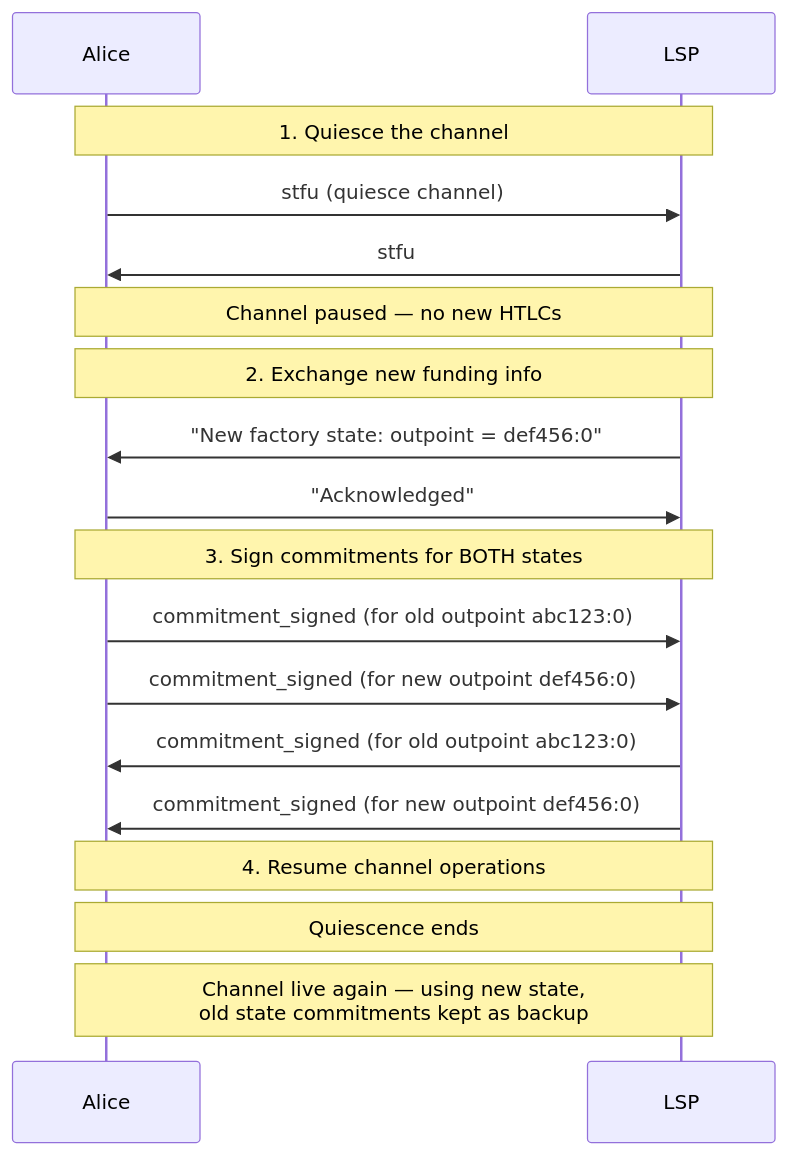
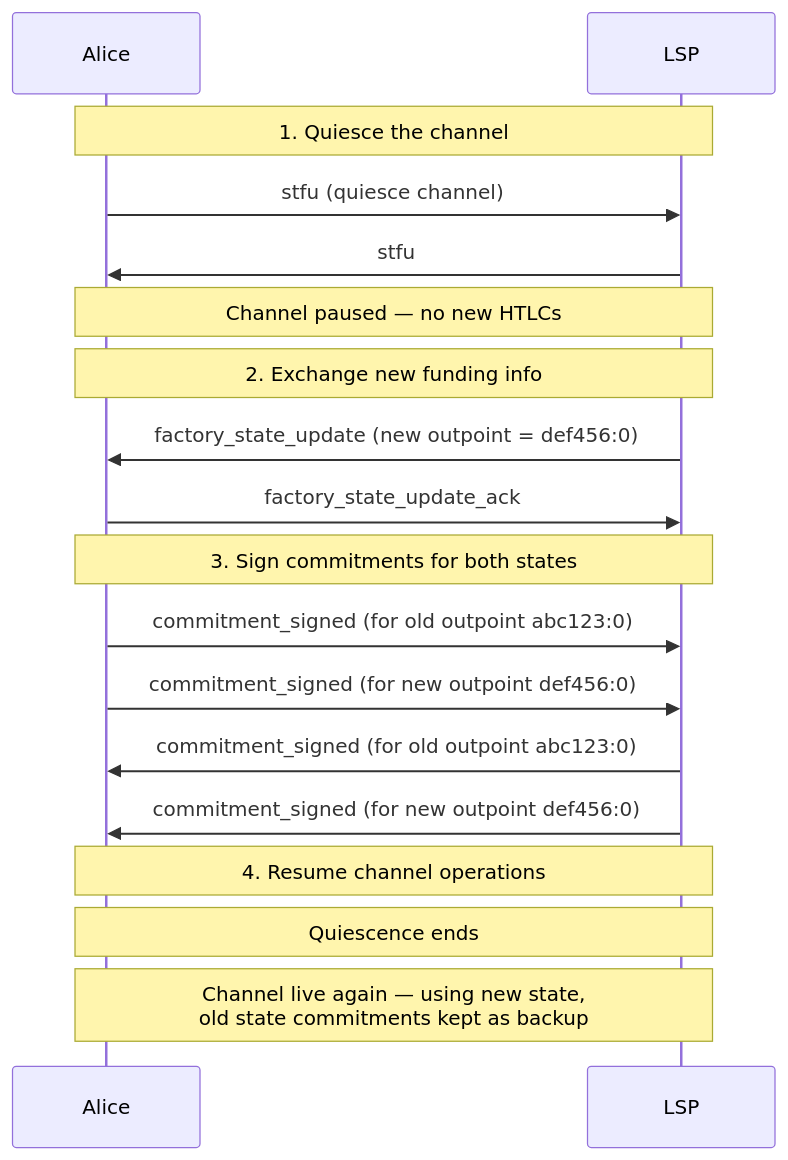
Before and after one commit to 8144225309/superscalar-docs: the second of 2 diagrams in extensions/dual-state-management.md, drawn with Mermaid. The commit also changed other lines of this file and 31 other files, not shown here.

````diff
--- a/extensions/dual-state-management.md
+++ b/extensions/dual-state-management.md
@@ -36,24 +36,24 @@
 ```mermaid
 sequenceDiagram
     participant A as Alice
     participant L as LSP
 
     Note over A,L: 1. Quiesce the channel
     A->>L: stfu (quiesce channel)
     L->>A: stfu
     Note over A,L: Channel paused — no new HTLCs
 
     Note over A,L: 2. Exchange new funding info
-    L->>A: "New factory state: outpoint = def456:0"
-    A->>L: "Acknowledged"
+    L->>A: factory_state_update (new outpoint = def456:0)
+    A->>L: factory_state_update_ack
 
-    Note over A,L: 3. Sign commitments for BOTH states
+    Note over A,L: 3. Sign commitments for both states
     A->>L: commitment_signed (for old outpoint abc123:0)
     A->>L: commitment_signed (for new outpoint def456:0)
     L->>A: commitment_signed (for old outpoint abc123:0)
     L->>A: commitment_signed (for new outpoint def456:0)
 
     Note over A,L: 4. Resume channel operations
     Note over A,L: Quiescence ends
     Note over A,L: Channel live again — using new state,<br/>old state commitments kept as backup
 ```
````
